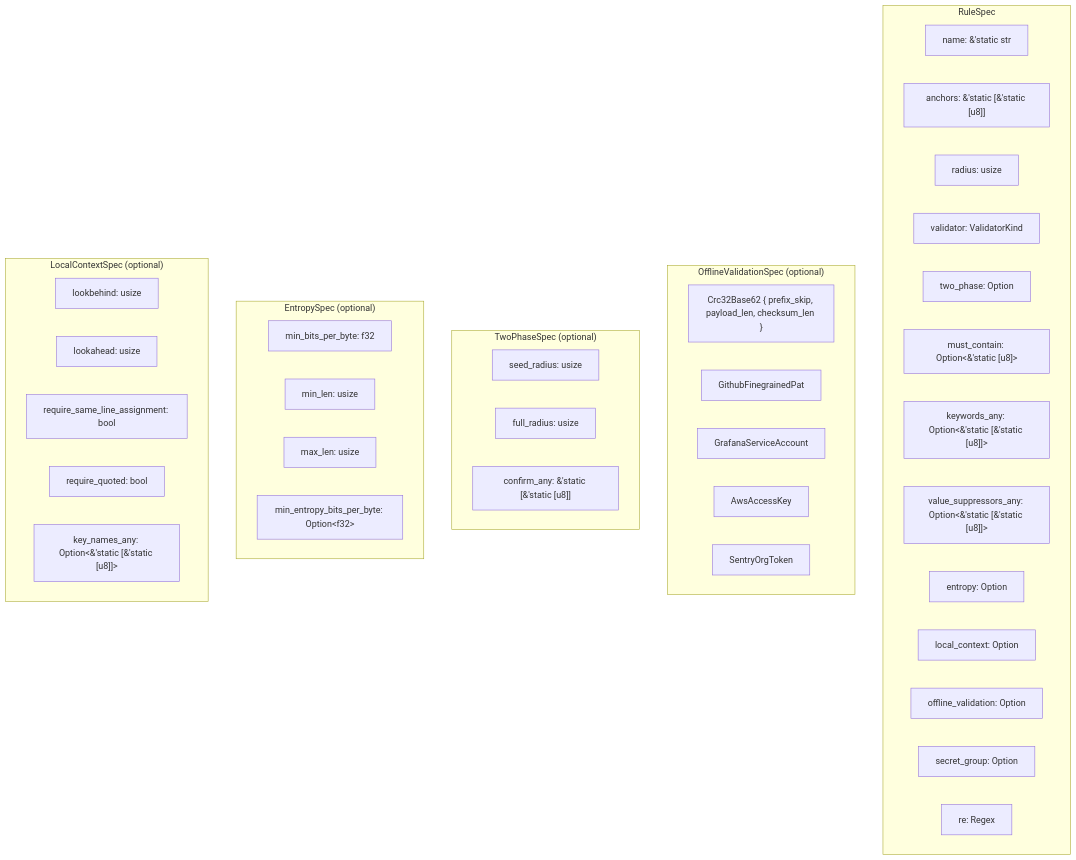
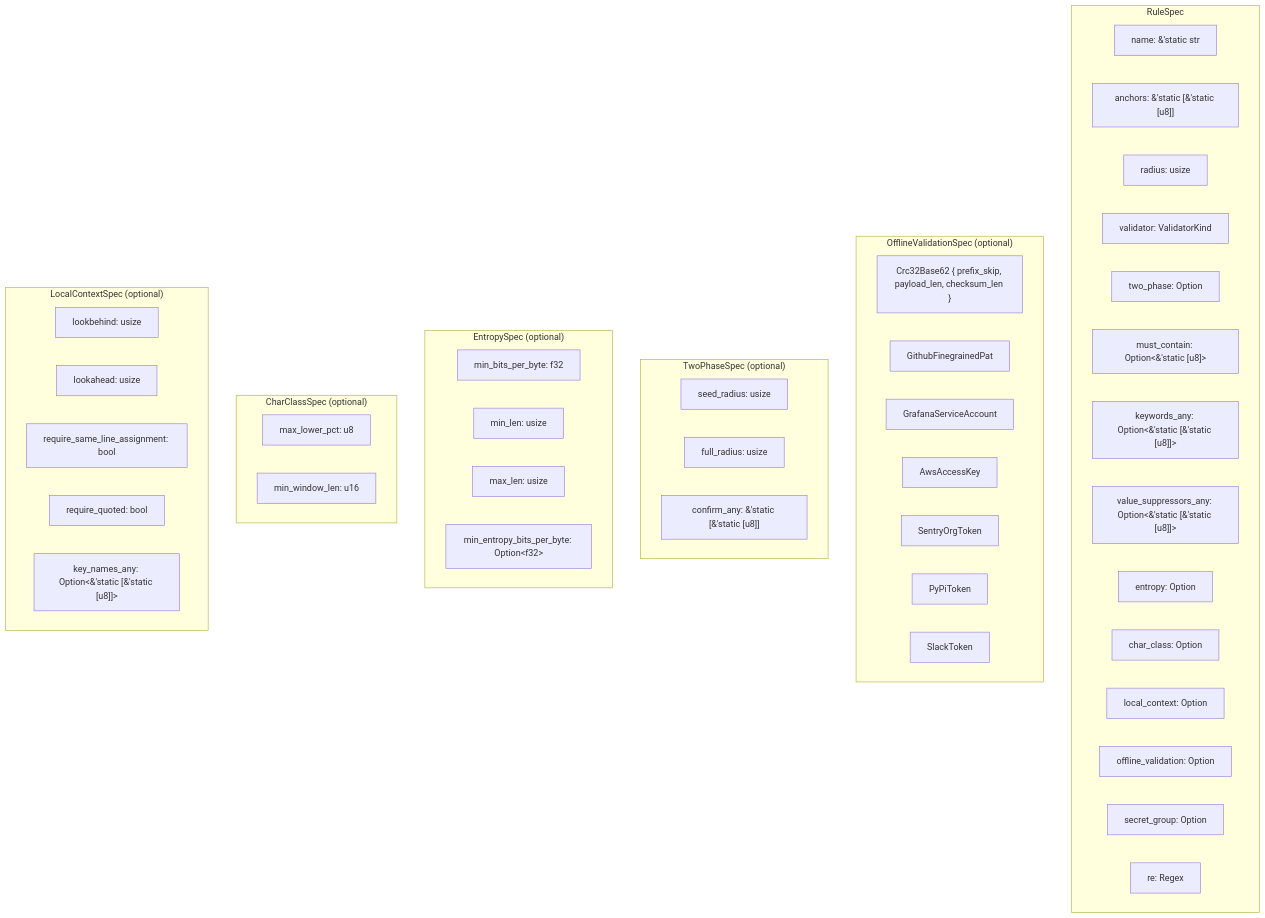
One commit to ahrav/scratch-scanner-rs changed the second of 4 diagrams in docs/detection-rules.md. Above: the diagram before and after it, drawn with Mermaid. The commit also changed other lines of this file and 10 other files, not shown here.

````diff
--- a/docs/detection-rules.md
+++ b/docs/detection-rules.md
@@ -134,47 +135,55 @@
 ```mermaid
 graph TB
     subgraph RuleSpec["RuleSpec"]
         Name["name: &'static str"]
         Anchors["anchors: &'static [&'static [u8]]"]
         Radius["radius: usize"]
         Validator["validator: ValidatorKind"]
         TwoPhase["two_phase: Option<TwoPhaseSpec>"]
         MustContain["must_contain: Option<&'static [u8]>"]
         KeywordsAny["keywords_any: Option<&'static [&'static [u8]]>"]
         ValueSuppressorsAny["value_suppressors_any: Option<&'static [&'static [u8]]>"]
         Entropy["entropy: Option<EntropySpec>"]
+        CharClass["char_class: Option<CharClassSpec>"]
         LocalContext["local_context: Option<LocalContextSpec>"]
         OfflineValidation["offline_validation: Option<OfflineValidationSpec>"]
         SecretGroup["secret_group: Option<u16>"]
         Regex["re: Regex"]
     end
 
     subgraph OfflineValidationSpec["OfflineValidationSpec (optional)"]
         OvCrc32["Crc32Base62 { prefix_skip, payload_len, checksum_len }"]
         OvGhPat["GithubFinegrainedPat"]
         OvGrafana["GrafanaServiceAccount"]
         OvAws["AwsAccessKey"]
         OvSentry["SentryOrgToken"]
+        OvPyPi["PyPiToken"]
+        OvSlack["SlackToken"]
     end
 
     subgraph TwoPhaseSpec["TwoPhaseSpec (optional)"]
         SeedRadius["seed_radius: usize"]
         FullRadius["full_radius: usize"]
         ConfirmAny["confirm_any: &'static [&'static [u8]]"]
     end
 
     subgraph EntropySpec["EntropySpec (optional)"]
         MinBpb["min_bits_per_byte: f32"]
         MinLen["min_len: usize"]
         MaxLen["max_len: usize"]
         MinEntropyBpb["min_entropy_bits_per_byte: Option&lt;f32&gt;"]
     end
 
+    subgraph CharClassSpec["CharClassSpec (optional)"]
+        MaxLowerPct["max_lower_pct: u8"]
+        MinWindowLen["min_window_len: u16"]
+    end
+
     subgraph LocalContextSpec["LocalContextSpec (optional)"]
         Lookbehind["lookbehind: usize"]
         Lookahead["lookahead: usize"]
         SameLine["require_same_line_assignment: bool"]
         Quoted["require_quoted: bool"]
         KeyNames["key_names_any: Option<&'static [&'static [u8]]>"]
     end
 ```
````
